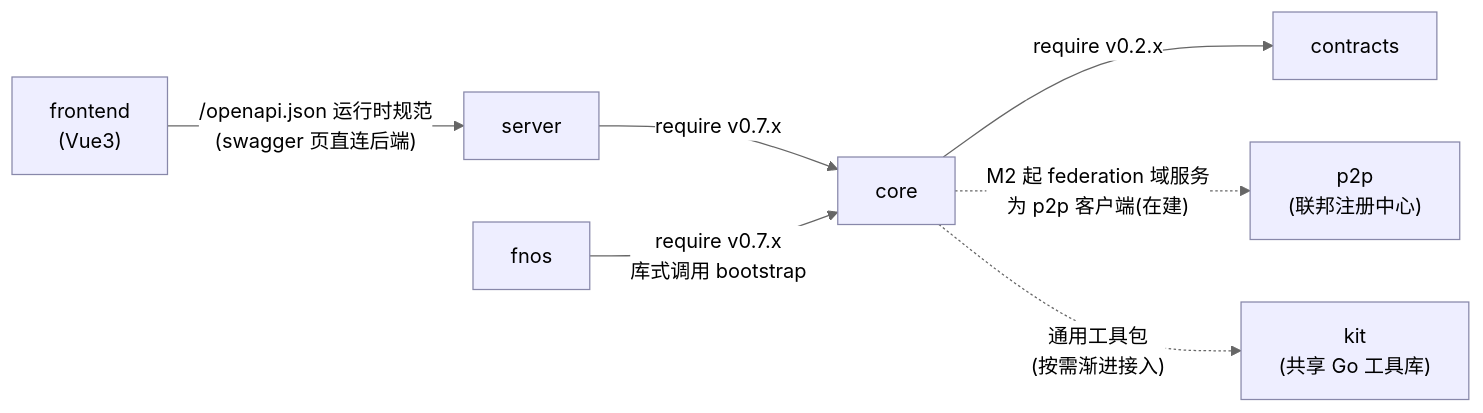
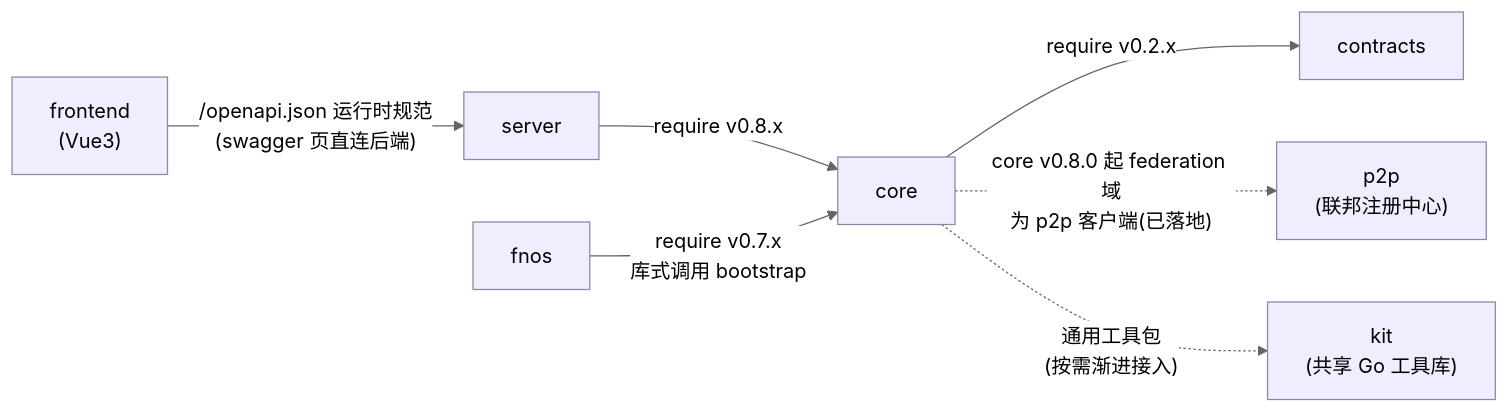
Before and after one commit to filescodebox/FilesCodeBox: the second of 8 diagrams in docs/architecture.md, drawn with Mermaid (neutral theme). The commit also changed other lines of this file and 8 other files, not shown here.

````diff
--- a/docs/architecture.md
+++ b/docs/architecture.md
@@ -38,14 +38,14 @@
 ```mermaid
 graph LR
     FE["frontend<br/>(Vue3)"] -->|"/openapi.json 运行时规范<br/>(swagger 页直连后端)"| SRV["server"]
-    SRV -->|"require v0.7.x"| CORE["core"]
+    SRV -->|"require v0.8.x"| CORE["core"]
     FNOS["fnos"] -->|"require v0.7.x<br/>库式调用 bootstrap"| CORE
     CORE -->|"require v0.2.x"| CTX["contracts"]
     P2P["p2p<br/>(联邦注册中心)"]
-    CORE -.->|"M2 起 federation 域服务<br/>为 p2p 客户端(在建)"| P2P
+    CORE -.->|"core v0.8.0 起 federation 域<br/>为 p2p 客户端(已落地)"| P2P
     KIT["kit<br/>(共享 Go 工具库)"]
     CORE -.->|"通用工具包<br/>(按需渐进接入)"| KIT
 
     classDef plain fill:#eef,stroke:#88a
     class CTX,CORE,SRV,FE,FNOS,P2P,KIT plain
 ```
````
